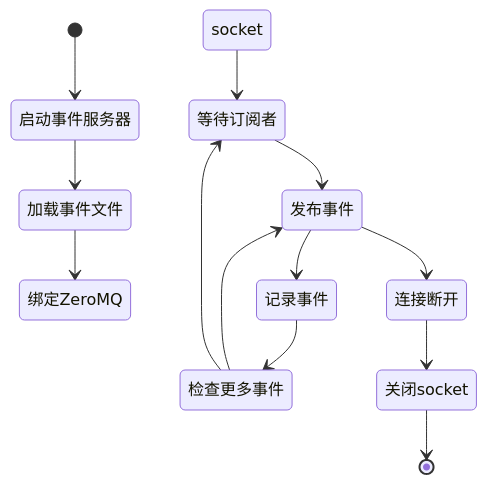
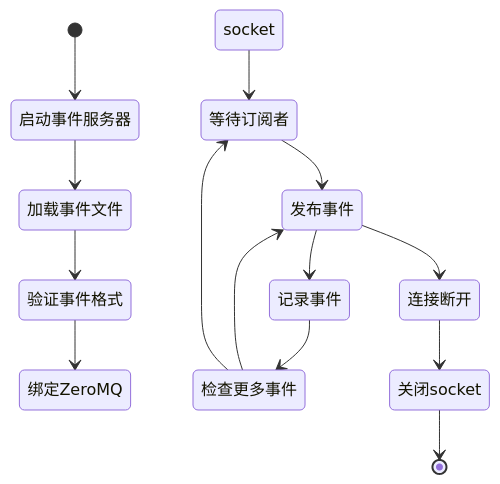
One commit to 1024dashen/Vue3Speech changed diagram 13 of 16 in .qoder/repowiki/zh/content/后端服务架构/WebSocket实时处理.md. Above: the diagram before and after it, drawn with Mermaid. The commit also changed other lines of this file and 6 other files, not shown here.

````diff
--- a/.qoder/repowiki/zh/content/后端服务架构/WebSocket实时处理.md
+++ b/.qoder/repowiki/zh/content/后端服务架构/WebSocket实时处理.md
@@ -739,15 +825,16 @@
 ```mermaid
 stateDiagram-v2
 [*] --> 启动事件服务器
 启动事件服务器 --> 加载事件文件
-加载事件文件 --> 绑定ZeroMQ socket
+加载事件文件 --> 验证事件格式
+验证事件格式 --> 绑定ZeroMQ socket
 绑定ZeroMQ socket --> 等待订阅者
 等待订阅者 --> 发布事件
 发布事件 --> 记录事件
 记录事件 --> 检查更多事件
 检查更多事件 --> 发布事件
 检查更多事件 --> 等待订阅者
 发布事件 --> 连接断开
 连接断开 --> 关闭socket
 关闭socket --> [*]
 ```
````
